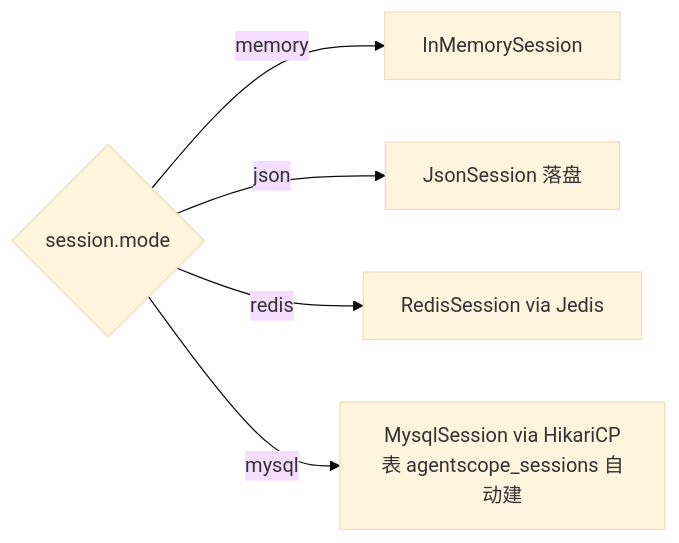
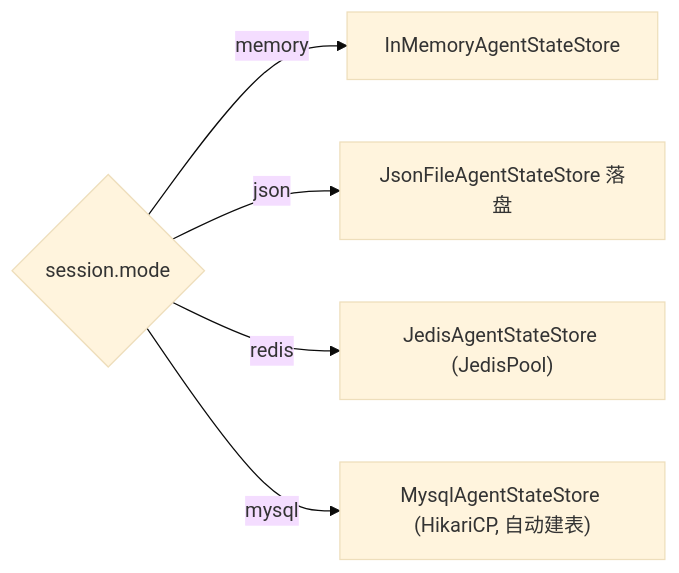
Before and after one commit to liulangjietou/customer_work: diagram 14 of 26 in docs/详细技术文档.md, drawn with Mermaid (base theme). The commit also changed other lines of this file, not shown here.

First line of the commit message:
docs: 详细技术文档整篇重写为 AgentScope 2.0 版

````diff
--- a/docs/详细技术文档.md
+++ b/docs/详细技术文档.md
@@ -525,7 +524,7 @@
 ```mermaid
 flowchart LR
-    MODE{session.mode} -->|memory| IM[InMemorySession]
-    MODE -->|json| JS[JsonSession 落盘]
-    MODE -->|redis| RS[RedisSession via Jedis]
-    MODE -->|mysql| MS[MysqlSession via HikariCP<br/>表 agentscope_sessions 自动建]
+    MODE{session.mode} -->|memory| IM[InMemoryAgentStateStore]
+    MODE -->|json| JS[JsonFileAgentStateStore 落盘]
+    MODE -->|redis| RS["JedisAgentStateStore (JedisPool)"]
+    MODE -->|mysql| MS["MysqlAgentStateStore (HikariCP, 自动建表)"]
 ```
````
